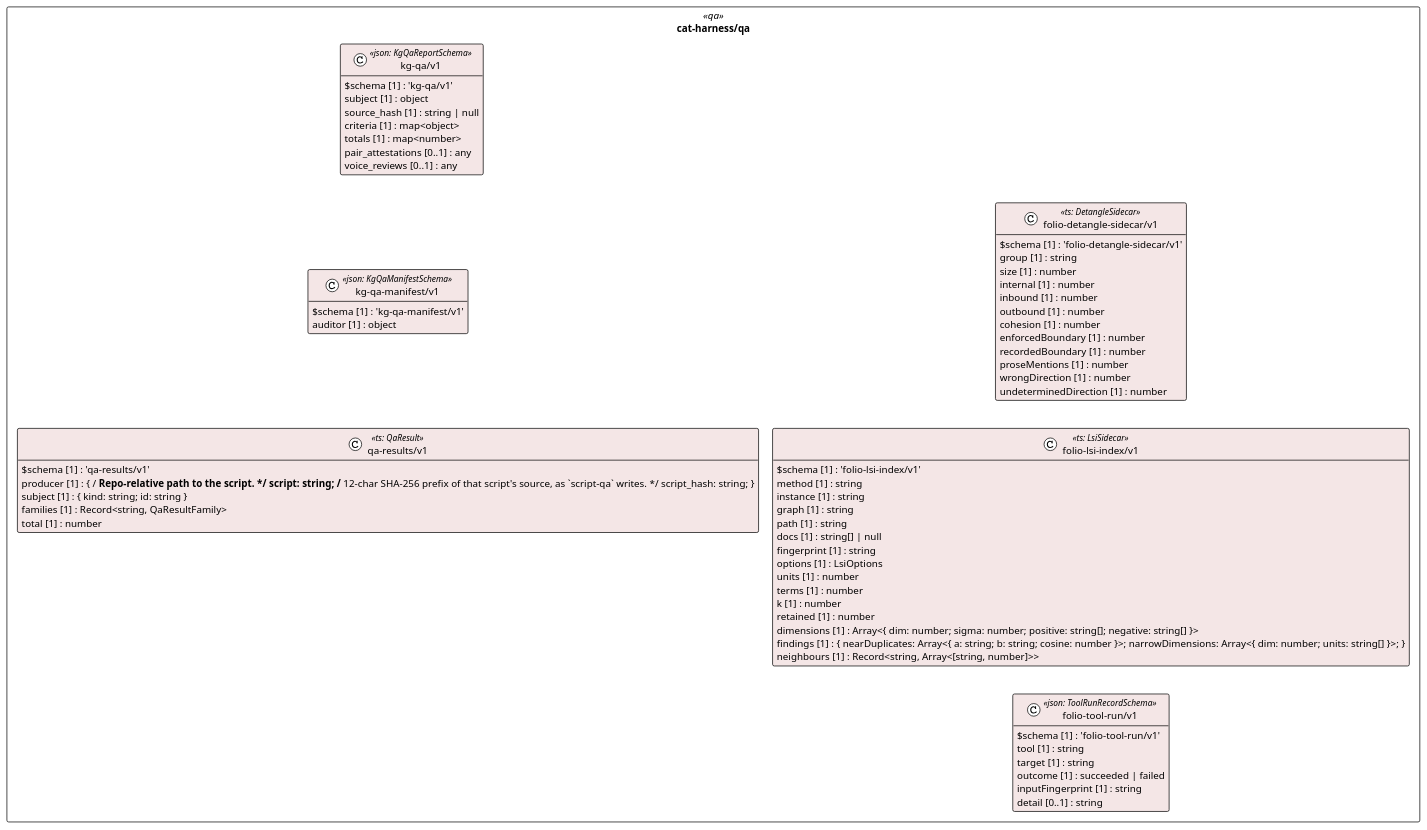
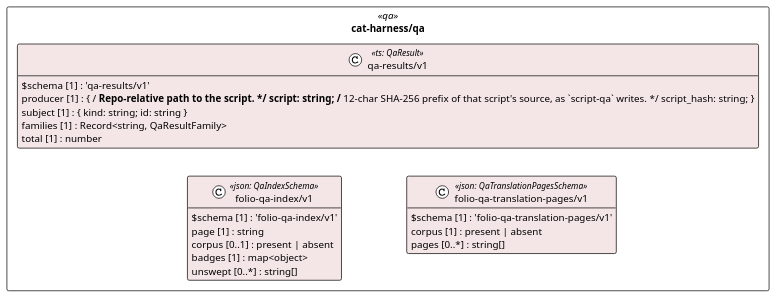
Before and after one commit to litlfred/folio-assistant: the diagram in cat-harness/uml/overview/cat-harness/qa.puml, drawn with PlantUML. The commit also changed 14 other files, not shown here.

```diff
--- a/cat-harness/uml/overview/cat-harness/qa.puml
+++ b/cat-harness/uml/overview/cat-harness/qa.puml
@@ -3,71 +3,31 @@
 @startuml cat_harness_qa
 !pragma layout elk
 !theme plain
 skinparam classAttributeIconSize 0
 skinparam shadowing false
 skinparam packageStyle rectangle
 hide empty methods
 
 package "cat-harness/qa" as pkg_cat_harness_qa <<qa>> {
-  class "kg-qa/v1" as cat_harness_qa_kg_qa_v1_kg_qa_v1 <<json: KgQaReportSchema>> #f4e6e6 {
-    $schema [1] : 'kg-qa/v1'
-    subject [1] : object
-    source_hash [1] : string | null
-    criteria [1] : map<object>
-    totals [1] : map<number>
-    pair_attestations [0..1] : any
-    voice_reviews [0..1] : any
-  }
-  class "kg-qa-manifest/v1" as cat_harness_qa_kg_qa_manifest_v1_kg_qa_manifest_v1 <<json: KgQaManifestSchema>> #f4e6e6 {
-    $schema [1] : 'kg-qa-manifest/v1'
-    auditor [1] : object
-  }
   class "qa-results/v1" as cat_harness_qa_qa_results_v1 <<ts: QaResult>> #f4e6e6 {
     $schema [1] : 'qa-results/v1'
     producer [1] : { /** Repo-relative path to the script. */ script: string; /** 12-char SHA-256 prefix of that script's source, as `script-qa` writes. */ script_hash: string; }
     subject [1] : { kind: string; id: string }
     families [1] : Record<string, QaResultFamily>
     total [1] : number
   }
-  class "folio-detangle-sidecar/v1" as cat_harness_qa_folio_detangle_sidecar_v1 <<ts: DetangleSidecar>> #f4e6e6 {
-    $schema [1] : 'folio-detangle-sidecar/v1'
-    group [1] : string
-    size [1] : number
-    internal [1] : number
-    inbound [1] : number
-    outbound [1] : number
-    cohesion [1] : number
-    enforcedBoundary [1] : number
-    recordedBoundary [1] : number
-    proseMentions [1] : number
-    wrongDirection [1] : number
-    undeterminedDirection [1] : number
+  class "folio-qa-index/v1" as cat_harness_qa_folio_qa_index_v1_folio_qa_index_v1 <<json: QaIndexSchema>> #f4e6e6 {
+    $schema [1] : 'folio-qa-index/v1'
+    page [1] : string
+    corpus [0..1] : present | absent
+    badges [1] : map<object>
+    unswept [0..*] : string[]
   }
-  class "folio-lsi-index/v1" as cat_harness_qa_folio_lsi_index_v1 <<ts: LsiSidecar>> #f4e6e6 {
-    $schema [1] : 'folio-lsi-index/v1'
-    method [1] : string
-    instance [1] : string
-    graph [1] : string
-    path [1] : string
-    docs [1] : string[] | null
-    fingerprint [1] : string
-    options [1] : LsiOptions
-    units [1] : number
-    terms [1] : number
-    k [1] : number
-    retained [1] : number
-    dimensions [1] : Array<{ dim: number; sigma: number; positive: string[]; negative: string[] }>
-    findings [1] : { nearDuplicates: Array<{ a: string; b: string; cosine: number }>; narrowDimensions: Array<{ dim: number; units: string[] }>; }
-    neighbours [1] : Record<string, Array<[string, number]>>
-  }
-  class "folio-tool-run/v1" as cat_harness_qa_folio_tool_run_v1_folio_tool_run_v1 <<json: ToolRunRecordSchema>> #f4e6e6 {
-    $schema [1] : 'folio-tool-run/v1'
-    tool [1] : string
-    target [1] : string
-    outcome [1] : succeeded | failed
-    inputFingerprint [1] : string
-    detail [0..1] : string
+  class "folio-qa-translation-pages/v1" as cat_harness_qa_folio_qa_translation_pages_v1_folio_qa_translation_pages_v1 <<json: QaTranslationPagesSchema>> #f4e6e6 {
+    $schema [1] : 'folio-qa-translation-pages/v1'
+    corpus [1] : present | absent
+    pages [0..*] : string[]
   }
 }
 
 @enduml
```
